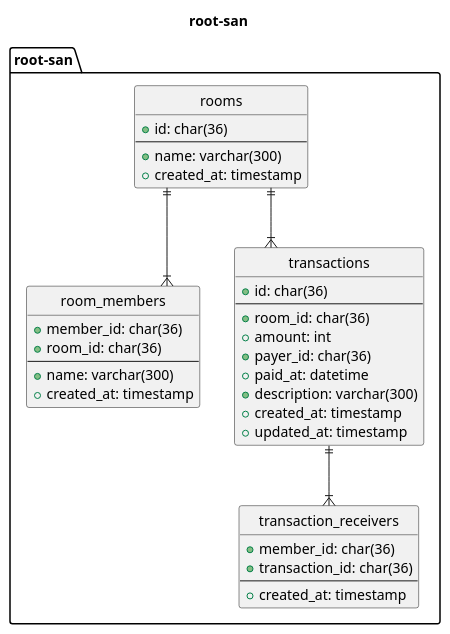
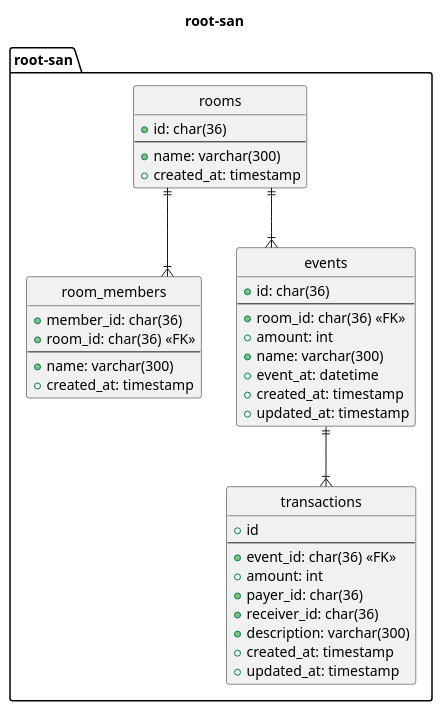
Before and after one commit to root-san/root-san: the diagram in docs/erd.puml, drawn with PlantUML.

Commit message:
update erd

```diff
--- a/docs/erd.puml
+++ b/docs/erd.puml
@@ -1,51 +1,55 @@
 @startuml
 
 ' hide the spot
 hide circle
 
 ' avoid problems with angled crows feet
 skinparam linetype ortho
 
 title root-san
 
 package "root-san" as root_san {
     entity "rooms" as rooms {
         + id: char(36)
         --
         + name: varchar(300)
         + created_at: timestamp
     }
 
     entity "room_members" as room_members {
         + member_id: char(36)
-        + room_id: char(36)
+        + room_id: char(36) <<FK>>
         --
         + name: varchar(300)
         + created_at: timestamp
     }
 
-    entity "transactions" as transactions {
+    entity "events" as events {
         + id: char(36)
         --
-        + room_id: char(36)
+        + room_id: char(36) <<FK>>
+        + amount: int
+        + name: varchar(300)
+        + event_at: datetime
+        + created_at: timestamp
+        + updated_at: timestamp
+    }
+
+    entity "transactions" as transactions {
+        + id
+        --
+        + event_id: char(36) <<FK>>
         + amount: int
         + payer_id: char(36)
-        + paid_at: datetime
+        + receiver_id: char(36)
         + description: varchar(300)
         + created_at: timestamp
         + updated_at: timestamp
     }
-
-    entity "transaction_receivers" as transaction_receivers {
-        + member_id: char(36)
-        + transaction_id: char(36)
-        --
-        + created_at: timestamp
-    }
 }
 
 rooms ||--|{ room_members
-rooms ||--|{ transactions
-transactions ||--|{ transaction_receivers
+rooms ||--|{ events
+events ||--|{ transactions
 
 @enduml
```
